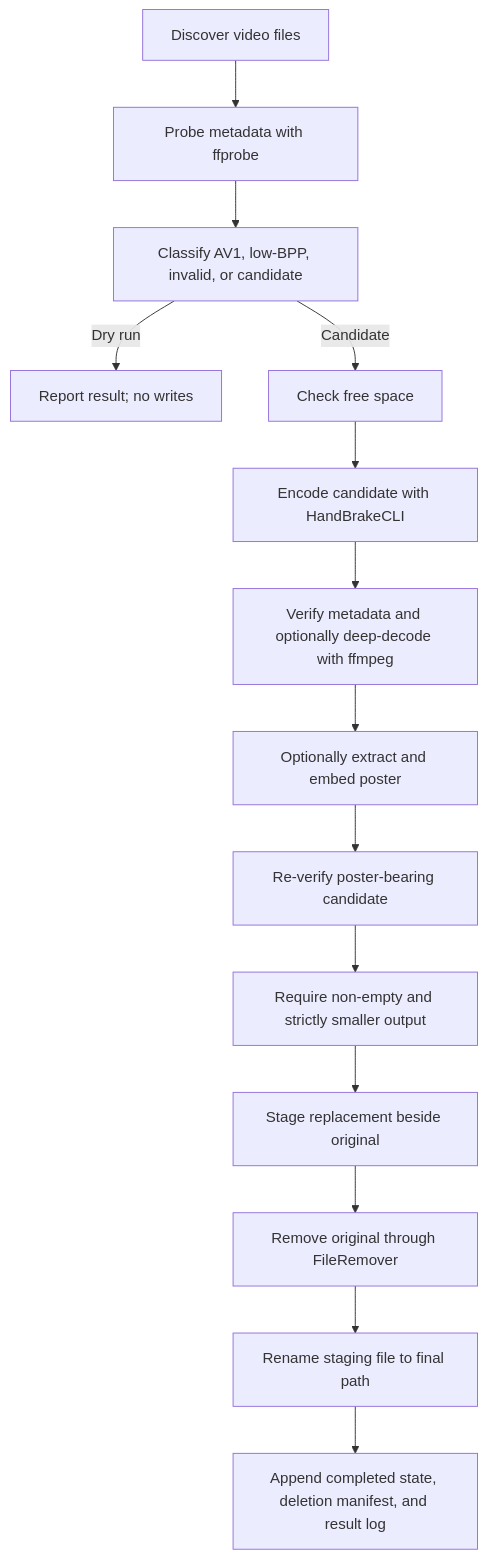
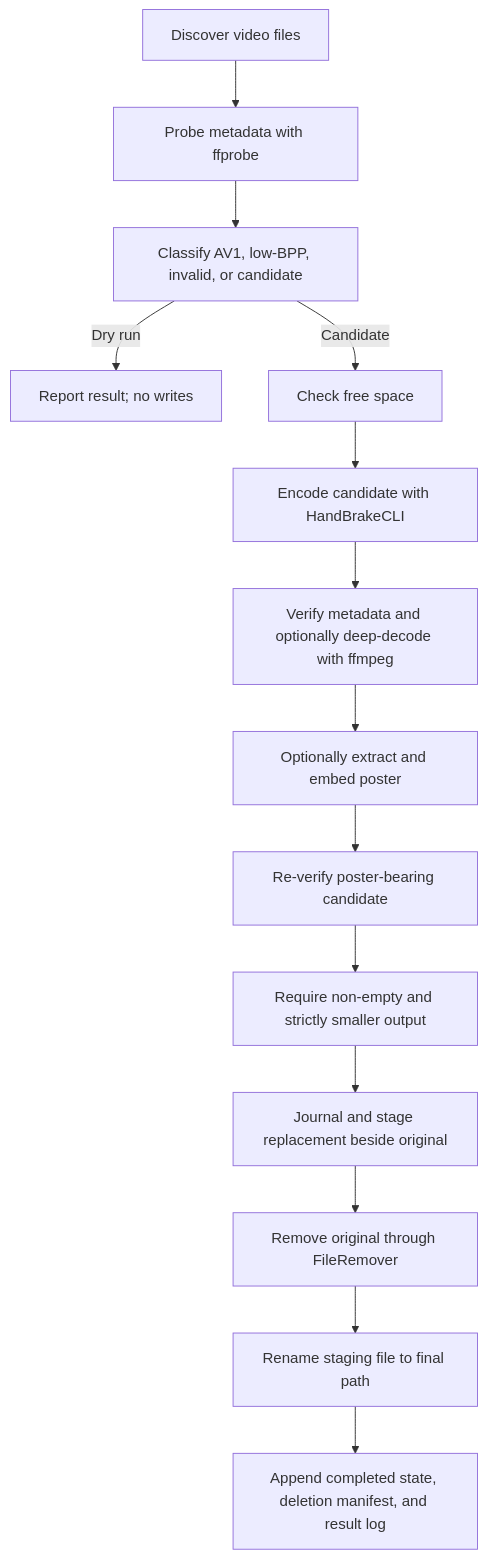
Before and after one commit to yovanmc/VideoTriage: the second of 2 diagrams in docs/architecture.md, drawn with Mermaid. The commit also changed other lines of this file and 26 other files, not shown here.

````diff
--- a/docs/architecture.md
+++ b/docs/architecture.md
@@ -28,16 +28,16 @@
 ```mermaid
 flowchart TD
     Discover["Discover video files"] --> Probe["Probe metadata with ffprobe"]
     Probe --> Classify["Classify AV1, low-BPP, invalid, or candidate"]
     Classify -->|Dry run| DryDone["Report result; no writes"]
     Classify -->|Candidate| Space["Check free space"]
     Space --> Encode["Encode candidate with HandBrakeCLI"]
     Encode --> Verify["Verify metadata and optionally deep-decode with ffmpeg"]
     Verify --> Poster["Optionally extract and embed poster"]
     Poster --> Reverify["Re-verify poster-bearing candidate"]
     Reverify --> Size["Require non-empty and strictly smaller output"]
-    Size --> Stage["Stage replacement beside original"]
+    Size --> Stage["Journal and stage replacement beside original"]
     Stage --> Remove["Remove original through FileRemover"]
     Remove --> Rename["Rename staging file to final path"]
     Rename --> State["Append completed state, deletion manifest, and result log"]
 ```
````
